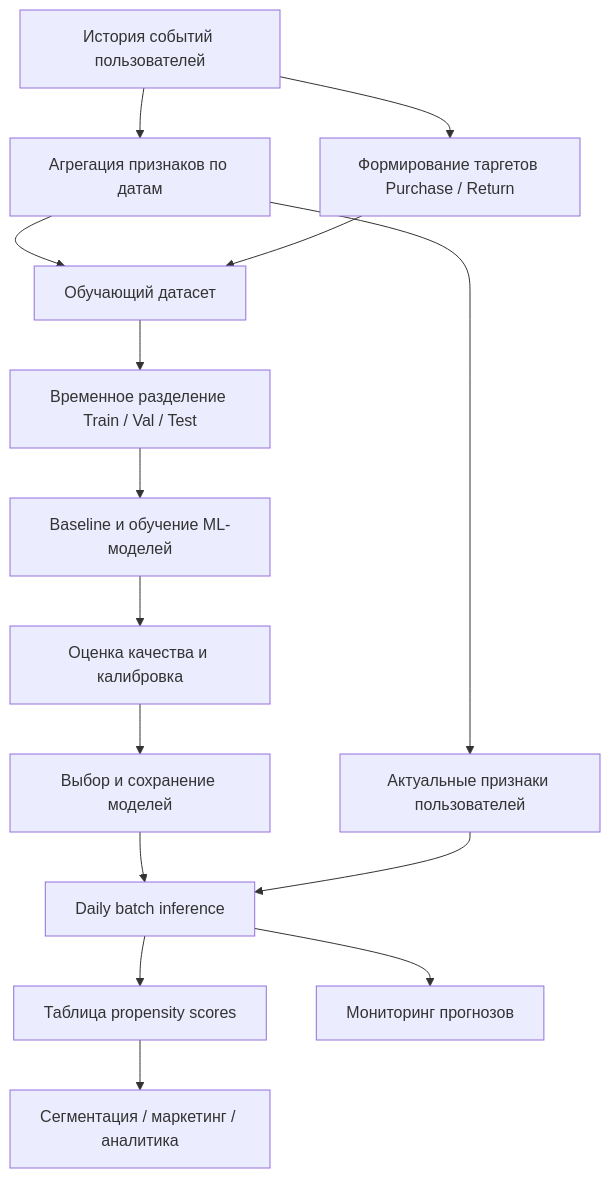
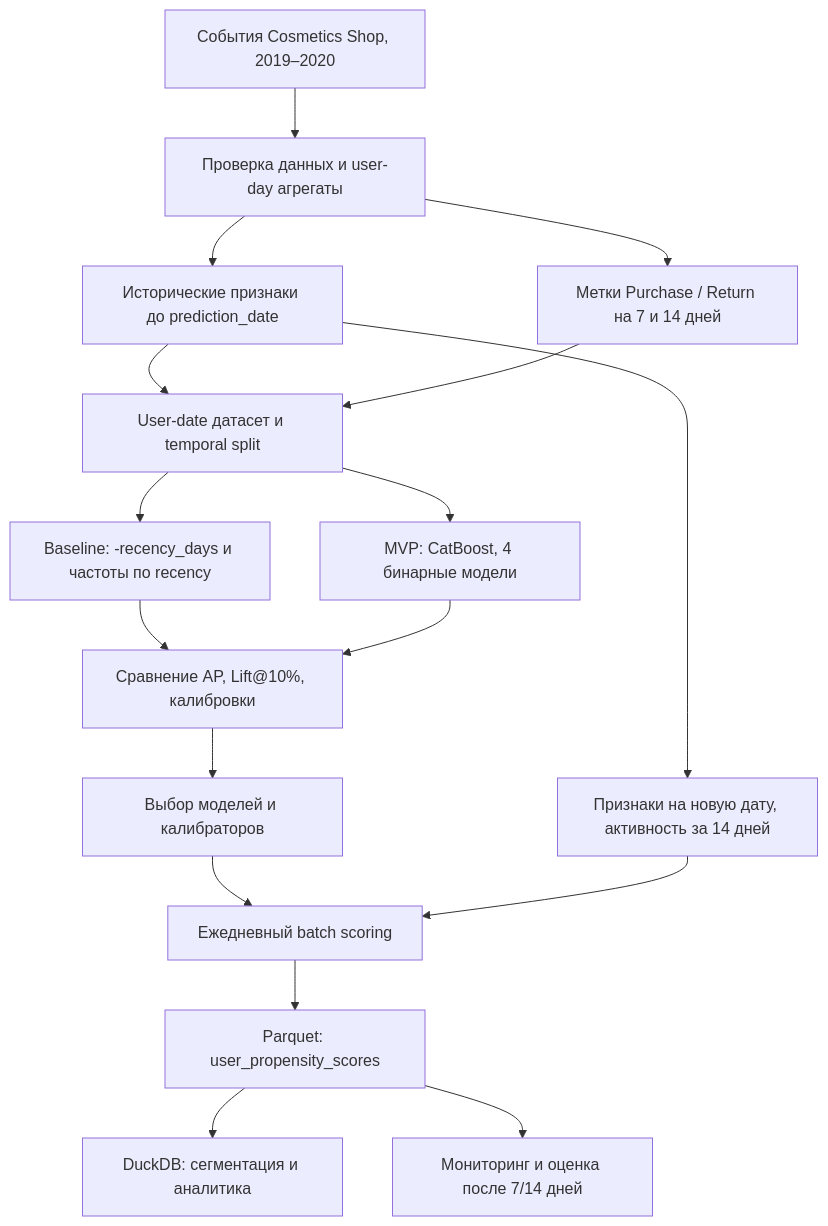
Before and after one commit to aspnmrv/itmo_mlsd: the first of 2 diagrams in docs/ml_system_design_doc.md, drawn with Mermaid. The commit also changed other lines of this file and 4 other files, not shown here.

````diff
--- a/docs/ml_system_design_doc.md
+++ b/docs/ml_system_design_doc.md
@@ -204,22 +152,19 @@
 ```mermaid
 flowchart TD
-    A["История событий пользователей"] --> B["Агрегация признаков по датам"]
-    A --> C["Формирование таргетов Purchase / Return"]
-
-    B --> D["Обучающий датасет"]
-    C --> D
-
-    D --> E["Временное разделение Train / Val / Test"]
-    E --> F["Baseline и обучение ML-моделей"]
-    F --> G["Оценка качества и калибровка"]
-    G --> H["Выбор и сохранение моделей"]
-
-    B --> I["Актуальные признаки пользователей"]
-    H --> J["Daily batch inference"]
-    I --> J
-
-    J --> K["Таблица propensity scores"]
-    K --> L["Сегментация / маркетинг / аналитика"]
-
-    J --> M["Мониторинг прогнозов"]
+    A["События Cosmetics Shop, 2019–2020"] --> B["Проверка данных и user-day агрегаты"]
+    B --> C["Исторические признаки до prediction_date"]
+    B --> D["Метки Purchase / Return на 7 и 14 дней"]
+    C --> E["User-date датасет и temporal split"]
+    D --> E
+    E --> F["Baseline: -recency_days и частоты по recency"]
+    E --> G["MVP: CatBoost, 4 бинарные модели"]
+    F --> H["Сравнение AP, Lift@10%, калибровки"]
+    G --> H
+    H --> I["Выбор моделей и калибраторов"]
+    C --> J["Признаки на новую дату, активность за 14 дней"]
+    I --> K["Ежедневный batch scoring"]
+    J --> K
+    K --> L["Parquet: user_propensity_scores"]
+    L --> M["DuckDB: сегментация и аналитика"]
+    L --> N["Мониторинг и оценка после 7/14 дней"]
 ```
````
